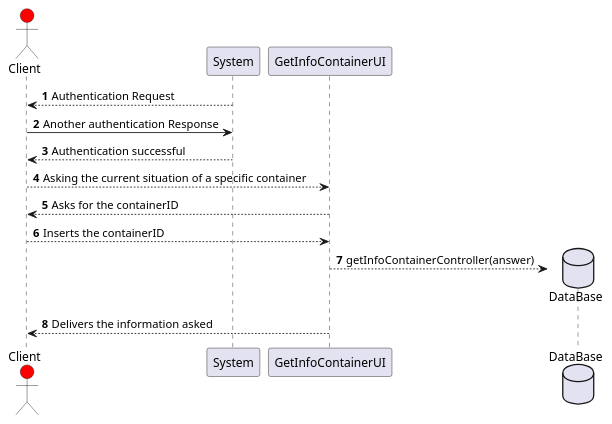
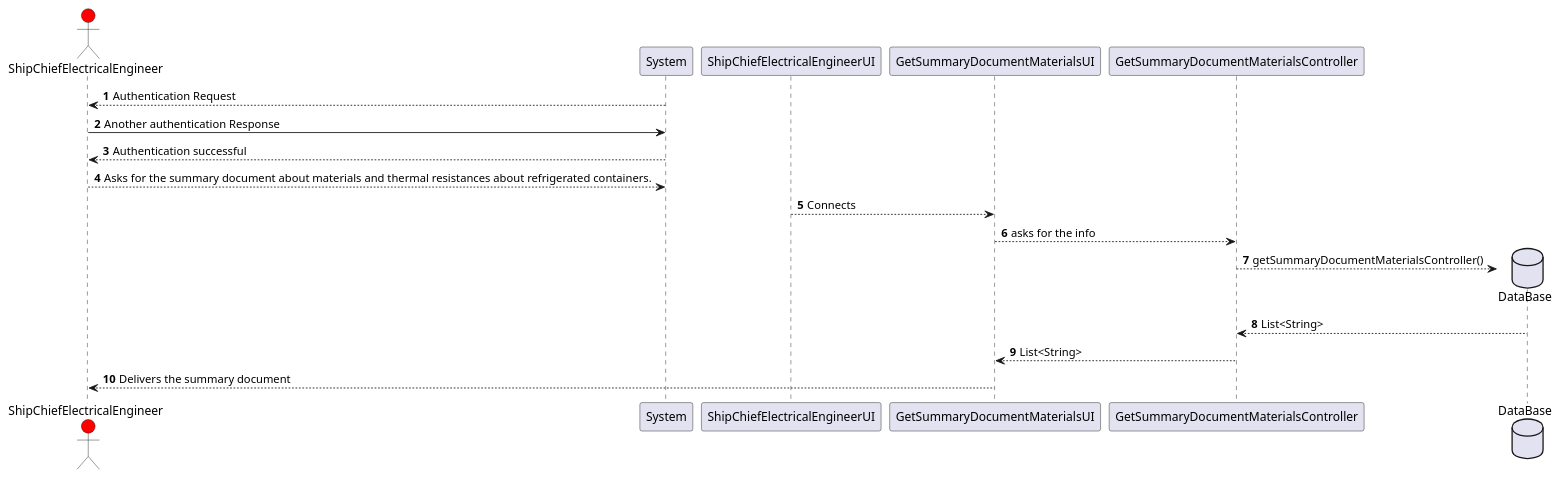
The diagram in Docs/Sprint3/US320/sd.puml (LourencoMelo/ISEP-LAPR3-ESINF), drawn with PlantUML before and after one commit. The commit also changed 8 other files, not shown here.

```diff
--- a/Docs/Sprint3/US320/sd.puml
+++ b/Docs/Sprint3/US320/sd.puml
@@ -1,17 +1,19 @@
 @startuml
 
 autonumber
 
-actor Client #red
+actor ShipChiefElectricalEngineer #red
 
-System --> Client: Authentication Request
-Client -> System : Another authentication Response
-System --> Client : Authentication successful
-Client --> GetInfoContainerUI : Asking the current situation of a specific container
-GetInfoContainerUI --> Client : Asks for the containerID
-Client --> GetInfoContainerUI : Inserts the containerID
+System --> ShipChiefElectricalEngineer: Authentication Request
+ShipChiefElectricalEngineer -> System : Another authentication Response
+System --> ShipChiefElectricalEngineer : Authentication successful
+ShipChiefElectricalEngineer --> System : Asks for the summary document about materials and thermal resistances about refrigerated containers.
+ShipChiefElectricalEngineerUI --> GetSummaryDocumentMaterialsUI : Connects
+GetSummaryDocumentMaterialsUI --> GetSummaryDocumentMaterialsController : asks for the info
 database       "DataBase"              as db
-GetInfoContainerUI --> db** : getInfoContainerController(answer)
-GetInfoContainerUI --> Client : Delivers the information asked
+GetSummaryDocumentMaterialsController --> db** : getSummaryDocumentMaterialsController()
+db --> GetSummaryDocumentMaterialsController : List<String>
+GetSummaryDocumentMaterialsController --> GetSummaryDocumentMaterialsUI : List<String>
+GetSummaryDocumentMaterialsUI --> ShipChiefElectricalEngineer : Delivers the summary document
 
 @enduml
```
